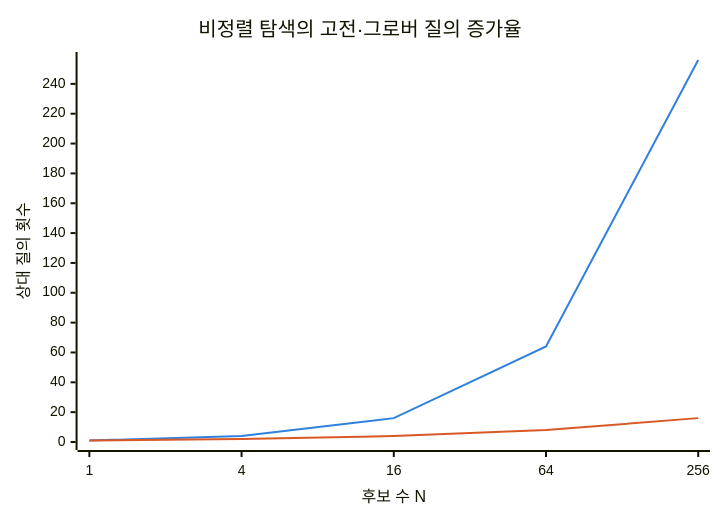
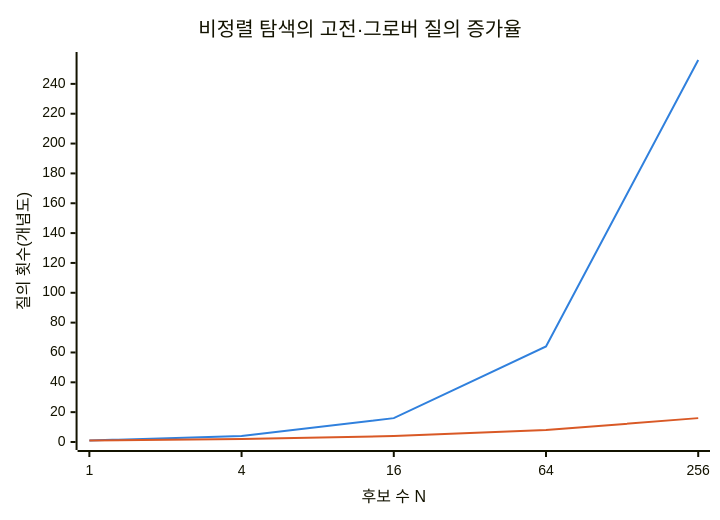
The first of 3 diagrams in src/content/docs/notes/01-basic-theory/062_quantum_algo_shor_grover.md (agnusdei1207/knowledge-base), drawn with Mermaid before and after one commit. The commit also changed other lines of this file and 2 other files, not shown here.

````diff
--- a/src/content/docs/notes/01-basic-theory/062_quantum_algo_shor_grover.md
+++ b/src/content/docs/notes/01-basic-theory/062_quantum_algo_shor_grover.md
@@ -62,9 +62,9 @@
 ```mermaid
 %%{init: {"themeVariables": {"xyChart": {"plotColorPalette": "#3080dd, #d95926"}}} }%%
 xychart-beta
     title "비정렬 탐색의 고전·그로버 질의 증가율"
     x-axis "후보 수 N" [1, 4, 16, 64, 256]
-    y-axis "상대 질의 횟수" 0 --> 256
+    y-axis "질의 횟수(개념도)" 0 --> 256
     line [1, 4, 16, 64, 256]
     line [1, 2, 4, 8, 16]
 ```
````
